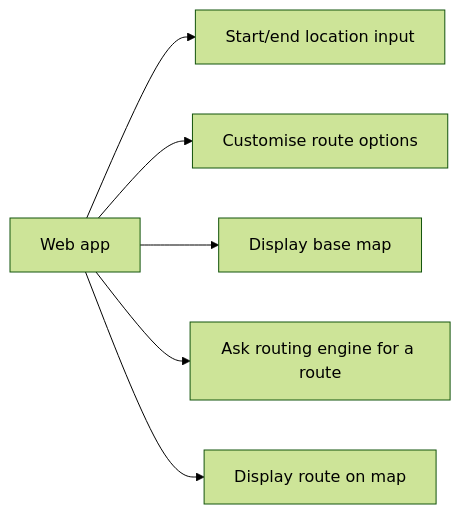
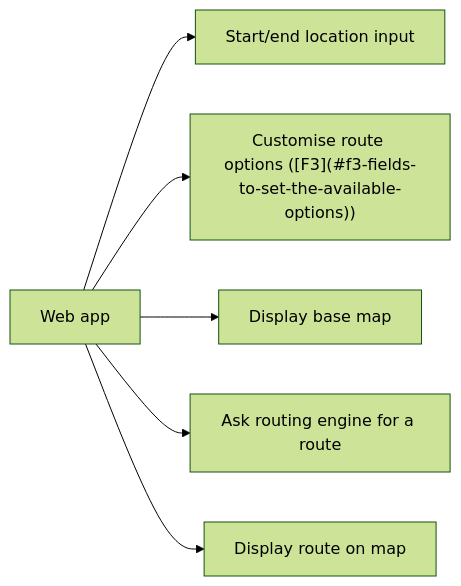
Before and after one commit to RandomSearch18/a-level-project: the diagram in docs/readme.md, drawn with Mermaid (forest theme).

Commit message:
Test markdown links in mermaid diagrams

````diff
--- a/docs/readme.md
+++ b/docs/readme.md
@@ -820,9 +820,9 @@
 ```mermaid
 graph LR
   A[Web app]
-  A --> B[Start/end location input]
-  A --> C[Customise route options]
+  A --> B["`Start/end location input`"]
+  A --> C["`Customise route options ([F3](#f3-fields-to-set-the-available-options))`"]
   A --> D[Display base map]
   A --> E[Ask routing engine for a route]
   A --> F[Display route on map]
 ```
````
